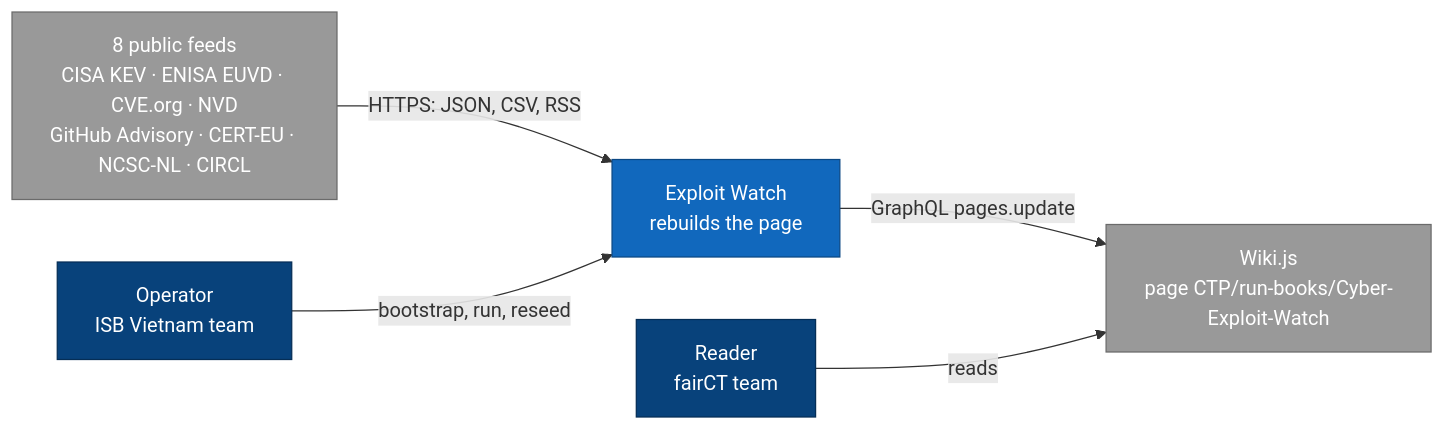
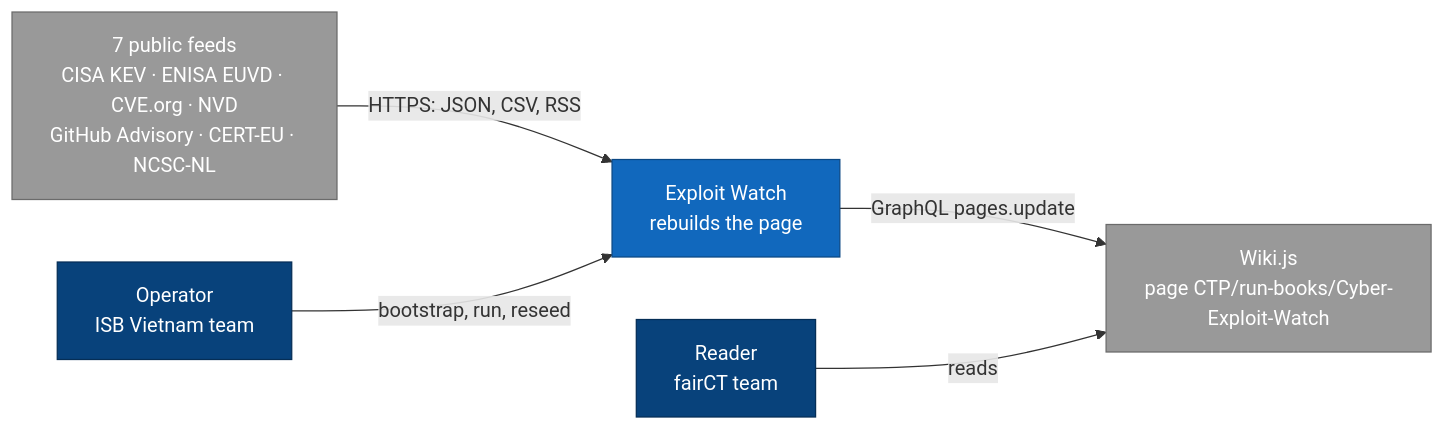
Before and after one commit to mckema/cyber-dashboard: the first of 3 diagrams in README.md, drawn with Mermaid. The commit also changed other lines of this file and 18 other files, not shown here.

````diff
--- a/README.md
+++ b/README.md
@@ -50,18 +51,18 @@
 ```mermaid
 flowchart LR
   classDef person fill:#08427b,stroke:#052e56,color:#fff
   classDef system fill:#1168bd,stroke:#0b4884,color:#fff
   classDef container fill:#438dd5,stroke:#2e6295,color:#fff
   classDef ext fill:#999,stroke:#6b6b6b,color:#fff
 
   reader["Reader<br/>fairCT team"]:::person
   op["Operator<br/>ISB Vietnam team"]:::person
   ew["Exploit Watch<br/>rebuilds the page"]:::system
-  feeds["8 public feeds<br/>CISA KEV · ENISA EUVD · CVE.org · NVD<br/>GitHub Advisory · CERT-EU · NCSC-NL · CIRCL"]:::ext
+  feeds["7 public feeds<br/>CISA KEV · ENISA EUVD · CVE.org · NVD<br/>GitHub Advisory · CERT-EU · NCSC-NL"]:::ext
   wiki["Wiki.js<br/>page CTP/run-books/Cyber-Exploit-Watch"]:::ext
 
   feeds -->|"HTTPS: JSON, CSV, RSS"| ew
   ew -->|"GraphQL pages.update"| wiki
   reader -->|reads| wiki
   op -->|"bootstrap, run, reseed"| ew
 ```
````
